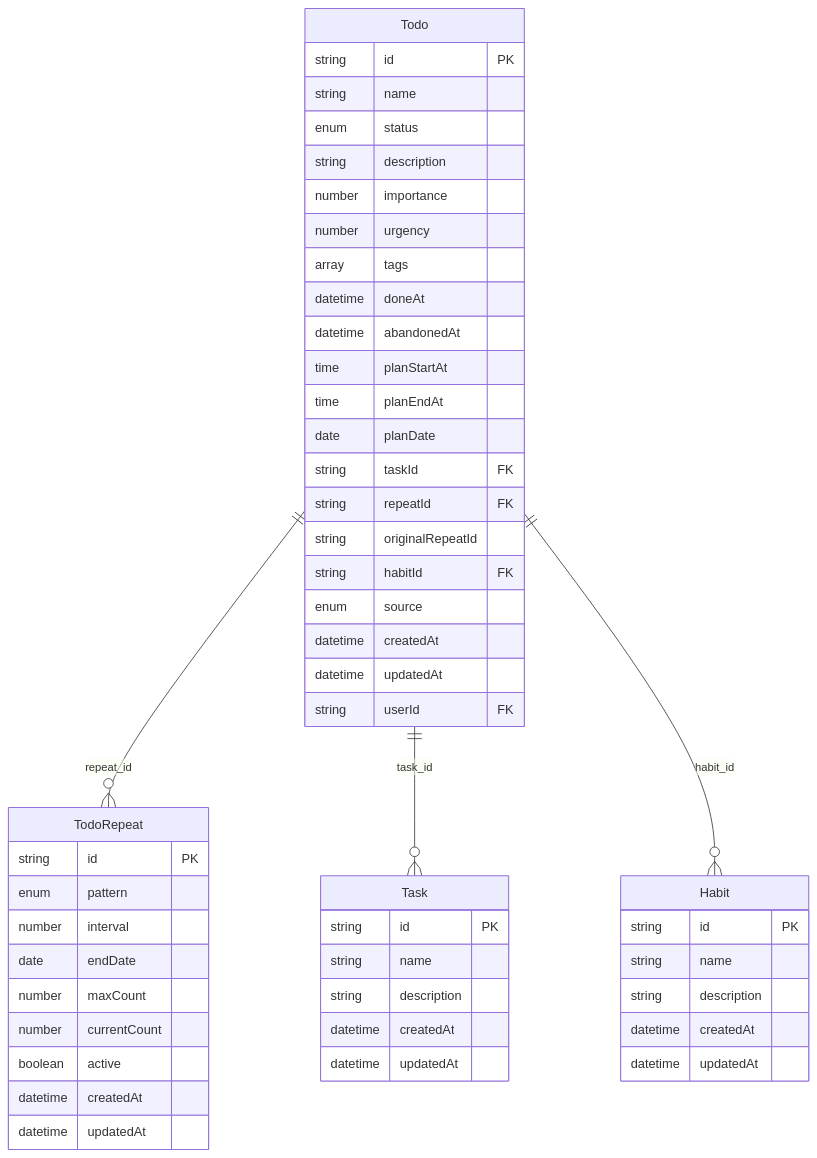
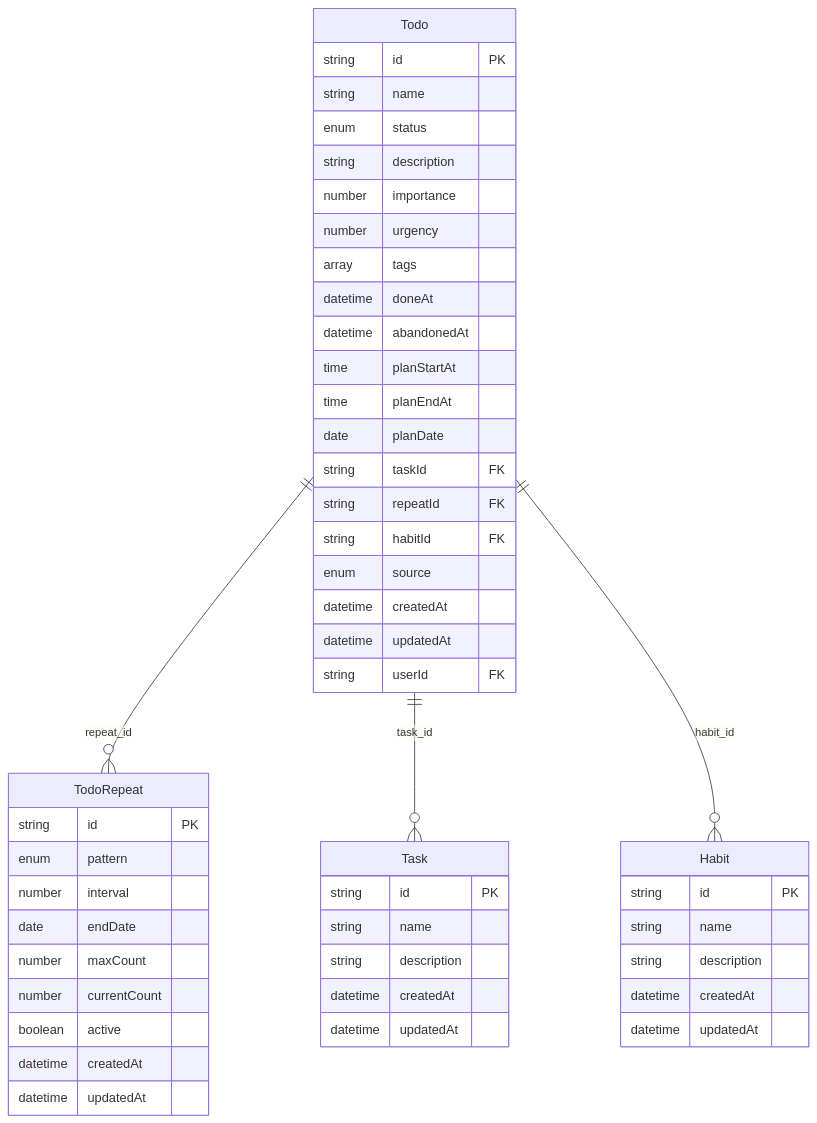
One commit to francisxihe/life-toolkit changed the second of 2 diagrams in doc/growth/todo/develop.md. Above: the diagram before and after it, drawn with Mermaid. The commit also changed other lines of this file and 6 other files, not shown here.

````diff
--- a/doc/growth/todo/develop.md
+++ b/doc/growth/todo/develop.md
@@ -370,57 +370,56 @@
 ```mermaid
 erDiagram
     Todo ||--o{ TodoRepeat : "repeat_id"
     Todo ||--o{ Task : "task_id"
     Todo ||--o{ Habit : "habit_id"
     
     Todo {
         string id PK
         string name
         enum status
         string description
         number importance
         number urgency
         array tags
         datetime doneAt
         datetime abandonedAt
         time planStartAt
         time planEndAt
         date planDate
         string taskId FK
         string repeatId FK
-        string originalRepeatId
         string habitId FK
         enum source
         datetime createdAt
         datetime updatedAt
         string userId FK
     }
     
     TodoRepeat {
         string id PK
         enum pattern
         number interval
         date endDate
         number maxCount
         number currentCount
         boolean active
         datetime createdAt
         datetime updatedAt
     }
     
     Task {
         string id PK
         string name
         string description
         datetime createdAt
         datetime updatedAt
     }
     
     Habit {
         string id PK
         string name
         string description
         datetime createdAt
         datetime updatedAt
     }
 ```
````
